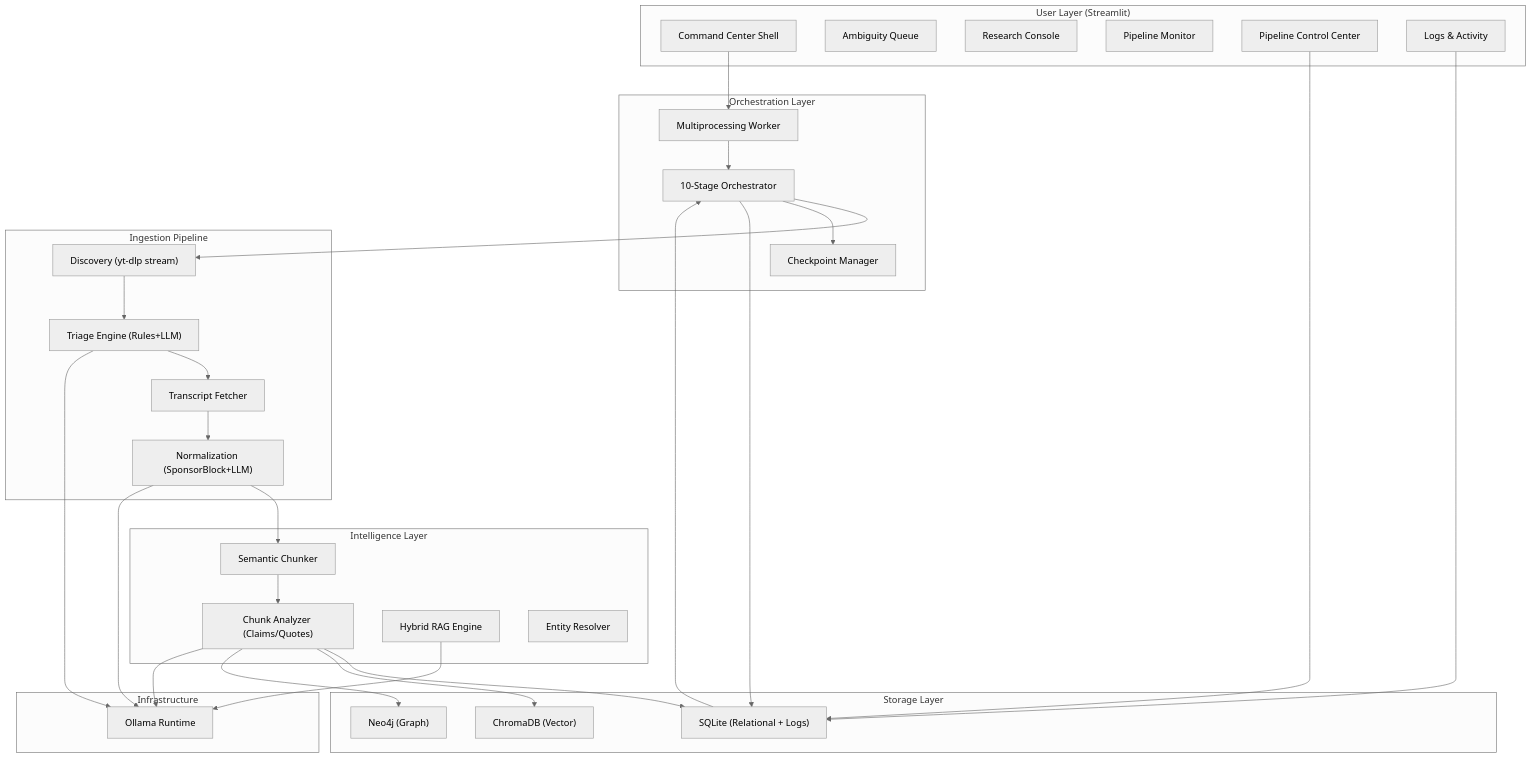
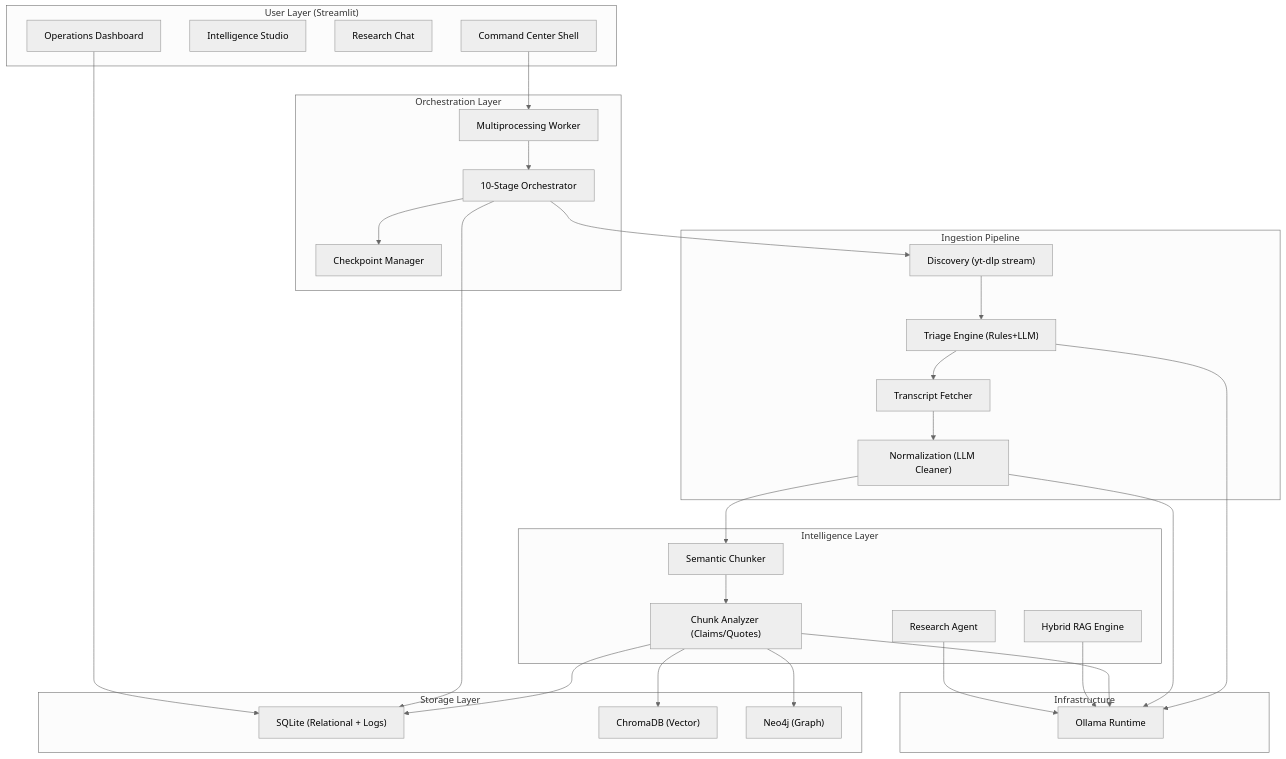
Before and after one commit to AmanGarg1999/YTVault: the diagram in docs/core/system_architecture.md, drawn with Mermaid (neutral theme). The commit also changed other lines of this file and 3 other files, not shown here.

Commit message:
docs: update system architecture with Intelligence Studio, Research Chat, and autonomous agent capabilities

````diff
--- a/docs/core/system_architecture.md
+++ b/docs/core/system_architecture.md
@@ -27,64 +27,61 @@
 ```mermaid
 graph TB
     subgraph "User Layer (Streamlit)"
         UI["Command Center Shell"]
-        AQ["Ambiguity Queue"]
-        QI["Research Console"]
-        PM["Pipeline Monitor"]
-        PC["Pipeline Control Center"]
-        LM["Logs & Activity"]
+        IS["Intelligence Studio"]
+        RC["Research Chat"]
+        OD["Operations Dashboard"]
     end
 
     subgraph "Orchestration Layer"
         WK["Multiprocessing Worker"]
         OR["10-Stage Orchestrator"]
         CP["Checkpoint Manager"]
     end
 
     subgraph "Ingestion Pipeline"
         DL["Discovery (yt-dlp stream)"]
         TE["Triage Engine (Rules+LLM)"]
         TR["Transcript Fetcher"]
-        RF["Normalization (SponsorBlock+LLM)"]
+        RF["Normalization (LLM Cleaner)"]
     end
 
     subgraph "Intelligence Layer"
         CA["Chunk Analyzer (Claims/Quotes)"]
         SC["Semantic Chunker"]
         RAG["Hybrid RAG Engine"]
-        CCM["Entity Resolver"]
+        AGENT["Research Agent"]
     end
 
     subgraph "Storage Layer"
         SQ["SQLite (Relational + Logs)"]
         CH["ChromaDB (Vector)"]
         NE["Neo4j (Graph)"]
     end
 
     subgraph "Infrastructure"
         OL["Ollama Runtime"]
     end
 
     UI --> WK
     WK --> OR
     OR --> DL
     DL --> TE
     TE --> TR
     TR --> RF
     RF --> SC
     SC --> CA
     CA --> SQ
     CA --> CH
     CA --> NE
 
     OR --> CP
     OR --> SQ
-    PC --> SQ
-    LM --> SQ
-    SQ --> OR
+    OD --> SQ
 
     TE --> OL
     RF --> OL
     CA --> OL
     RAG --> OL
+    AGENT --> OL
 ```
````
